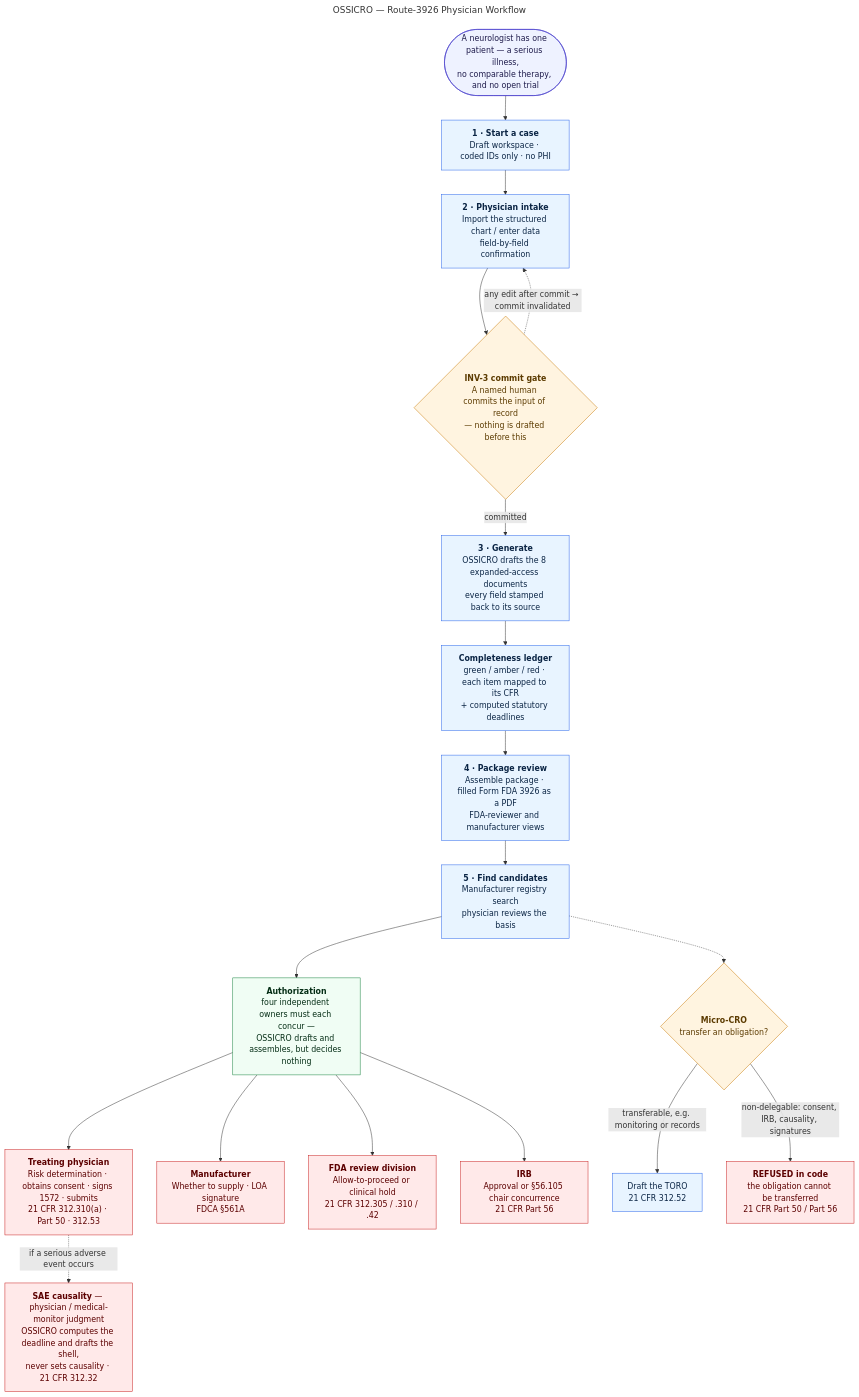
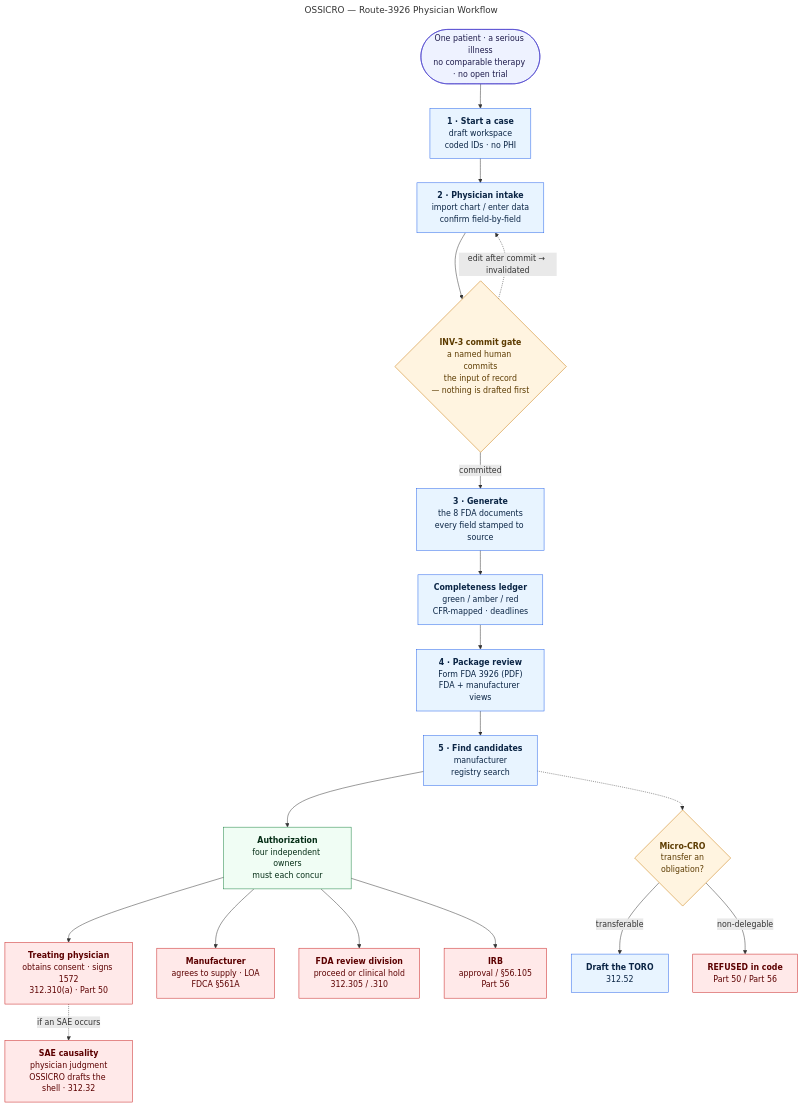
Before and after one commit to alto84/OSSICRO: the diagram in docs/physician-workflow.md, drawn with Mermaid. The commit also changed other lines of this file, not shown here.

Commit message:
Docs: tighten physician-workflow diagram for legibility and balance
Shorter node labels compact the canvas (~2038px wide -> ~1069px), so the
diagram renders larger and reads top-to-bottom without shrinking. Same
content and gate semantics.

Claude-Session: https://claude.ai/code/session_01GAWFBVaJFDQduGEUKt6F1d

````diff
--- a/docs/physician-workflow.md
+++ b/docs/physician-workflow.md
@@ -7,43 +7,40 @@
 ```mermaid
 ---
 title: "OSSICRO — Route-3926 Physician Workflow"
 ---
 flowchart TD
-    Start(["A neurologist has one patient — a serious illness,<br/>no comparable therapy, and no open trial"]):::start
+    Start(["One patient · a serious illness<br/>no comparable therapy · no open trial"]):::start
 
-    A1["<b>1 · Start a case</b><br/>Draft workspace · coded IDs only · no PHI"]:::sw
-    A2["<b>2 · Physician intake</b><br/>Import the structured chart / enter data<br/>field-by-field confirmation"]:::sw
+    A1["<b>1 · Start a case</b><br/>draft workspace<br/>coded IDs · no PHI"]:::sw
+    A2["<b>2 · Physician intake</b><br/>import chart / enter data<br/>confirm field-by-field"]:::sw
 
-    G1{"<b>INV-3 commit gate</b><br/>A named human commits the input of record<br/>— nothing is drafted before this"}:::commit
+    G1{"<b>INV-3 commit gate</b><br/>a named human commits<br/>the input of record<br/>— nothing is drafted first"}:::commit
 
-    A3["<b>3 · Generate</b><br/>OSSICRO drafts the 8 expanded-access documents<br/>every field stamped back to its source"]:::sw
-    A4["<b>Completeness ledger</b><br/>green / amber / red · each item mapped to its CFR<br/>+ computed statutory deadlines"]:::sw
-    A5["<b>4 · Package review</b><br/>Assemble package · filled Form FDA 3926 as a PDF<br/>FDA-reviewer and manufacturer views"]:::sw
-    A6["<b>5 · Find candidates</b><br/>Manufacturer registry search<br/>physician reviews the basis"]:::sw
+    A3["<b>3 · Generate</b><br/>the 8 FDA documents<br/>every field stamped to source"]:::sw
+    A4["<b>Completeness ledger</b><br/>green / amber / red<br/>CFR-mapped · deadlines"]:::sw
+    A5["<b>4 · Package review</b><br/>Form FDA 3926 (PDF)<br/>FDA + manufacturer views"]:::sw
+    A6["<b>5 · Find candidates</b><br/>manufacturer<br/>registry search"]:::sw
 
-    Auth["<b>Authorization</b><br/>four independent owners must each concur —<br/>OSSICRO drafts and assembles, but decides nothing"]:::hub
+    Auth["<b>Authorization</b><br/>four independent owners<br/>must each concur"]:::hub
 
     Start --> A1 --> A2 --> G1
     G1 -->|"committed"| A3 --> A4 --> A5 --> A6 --> Auth
-    G1 -.->|"any edit after commit → commit invalidated"| A2
+    G1 -.->|"edit after commit → invalidated"| A2
 
-    %% The four owners — each a human decision OSSICRO never makes
-    Auth --> P["<b>Treating physician</b><br/>Risk determination · obtains consent · signs 1572 · submits<br/>21 CFR 312.310(a) · Part 50 · 312.53"]:::gate
-    Auth --> M["<b>Manufacturer</b><br/>Whether to supply · LOA signature<br/>FDCA §561A"]:::gate
-    Auth --> F["<b>FDA review division</b><br/>Allow-to-proceed or clinical hold<br/>21 CFR 312.305 / .310 / .42"]:::gate
-    Auth --> I["<b>IRB</b><br/>Approval or §56.105 chair concurrence<br/>21 CFR Part 56"]:::gate
+    Auth --> P["<b>Treating physician</b><br/>obtains consent · signs 1572<br/>312.310(a) · Part 50"]:::gate
+    Auth --> M["<b>Manufacturer</b><br/>agrees to supply · LOA<br/>FDCA §561A"]:::gate
+    Auth --> F["<b>FDA review division</b><br/>proceed or clinical hold<br/>312.305 / .310"]:::gate
+    Auth --> I["<b>IRB</b><br/>approval / §56.105<br/>Part 56"]:::gate
 
-    %% Ongoing gate during treatment
-    P -.->|"if a serious adverse event occurs"| SAE["<b>SAE causality</b> — physician / medical-monitor judgment<br/>OSSICRO computes the deadline and drafts the shell,<br/>never sets causality · 21 CFR 312.32"]:::gate
+    P -.->|"if an SAE occurs"| SAE["<b>SAE causality</b><br/>physician judgment<br/>OSSICRO drafts the shell · 312.32"]:::gate
 
-    %% Micro-CRO branch
-    A6 -.-> CRO{"<b>Micro-CRO</b><br/>transfer an obligation?"}:::commit
-    CRO -->|"transferable, e.g. monitoring or records"| CROok["Draft the TORO<br/>21 CFR 312.52"]:::sw
-    CRO -->|"non-delegable: consent, IRB, causality, signatures"| CROno["<b>REFUSED in code</b><br/>the obligation cannot be transferred<br/>21 CFR Part 50 / Part 56"]:::gate
+    A6 -.-> CRO{"<b>Micro-CRO</b><br/>transfer an<br/>obligation?"}:::commit
+    CRO -->|"transferable"| CROok["<b>Draft the TORO</b><br/>312.52"]:::sw
+    CRO -->|"non-delegable"| CROno["<b>REFUSED in code</b><br/>Part 50 / Part 56"]:::gate
 
     classDef start fill:#eef2ff,stroke:#4338ca,color:#1e1b4b;
     classDef sw fill:#e8f4ff,stroke:#2563eb,color:#0b2545;
     classDef commit fill:#fff4e0,stroke:#c77700,color:#5c3b00;
     classDef gate fill:#ffe9e9,stroke:#c81e1e,color:#5c0000;
     classDef hub fill:#f0fdf4,stroke:#15803d,color:#052e16;
 ```
````
